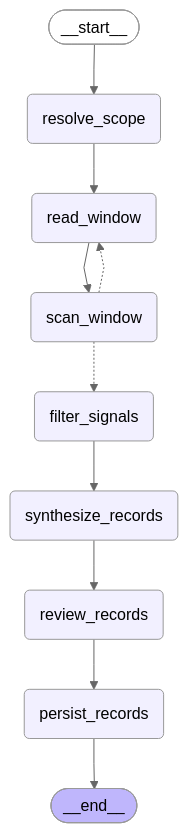
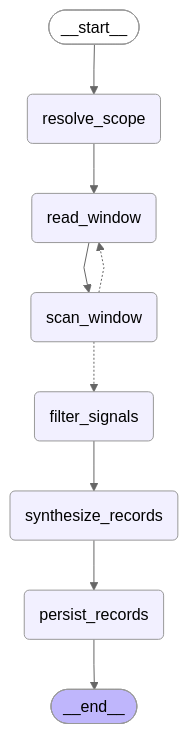
One commit to nablo-io/lerim changed the diagram in docs/agents/trace-ingestion.md. Above: the diagram before and after it, drawn with Mermaid (neutral theme). The commit also changed other lines of this file and 57 other files, not shown here.

````diff
--- a/docs/agents/trace-ingestion.md
+++ b/docs/agents/trace-ingestion.md
@@ -8,29 +8,27 @@
 ```mermaid
 ---
 config:
   flowchart:
     curve: linear
 ---
 graph TD;
     __start__([<p>__start__</p>]):::first
     resolve_scope(resolve_scope)
     read_window(read_window)
     scan_window(scan_window)
     filter_signals(filter_signals)
     synthesize_records(synthesize_records)
-    review_records(review_records)
     persist_records(persist_records)
     __end__([<p>__end__</p>]):::last
     __start__ --> resolve_scope;
     filter_signals --> synthesize_records;
     read_window --> scan_window;
     resolve_scope --> read_window;
-    review_records --> persist_records;
     scan_window -.-> filter_signals;
     scan_window -.-> read_window;
-    synthesize_records --> review_records;
+    synthesize_records --> persist_records;
     persist_records --> __end__;
     classDef default fill:#f2f0ff,line-height:1.2
     classDef first fill-opacity:0
     classDef last fill:#bfb6fc
 ```
````
